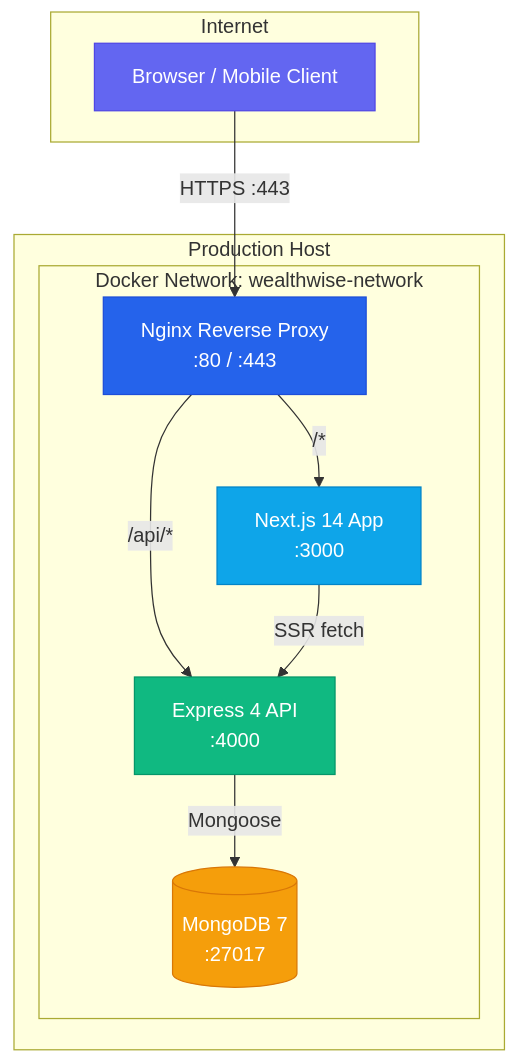
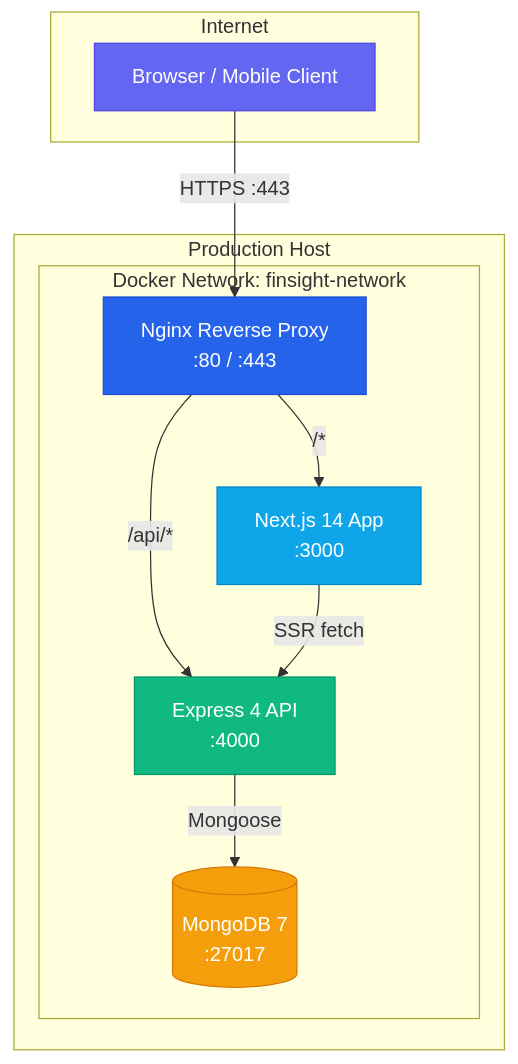
Before and after one commit to Swayam7Garg/Finsight: the first of 33 diagrams in DEVOPS.md, drawn with Mermaid. The commit also changed other lines of this file and 429 other files, not shown here.

````diff
--- a/DEVOPS.md
+++ b/DEVOPS.md
@@ -55,27 +55,27 @@
 ```mermaid
 graph TB
     subgraph Internet
         Client[Browser / Mobile Client]
     end
 
     subgraph Production Host
-        subgraph Docker Network: wealthwise-network
+        subgraph Docker Network: finsight-network
             Nginx[Nginx Reverse Proxy<br/>:80 / :443]
             Web[Next.js 14 App<br/>:3000]
             API[Express 4 API<br/>:4000]
             DB[(MongoDB 7<br/>:27017)]
         end
     end
 
     Client -->|HTTPS :443| Nginx
     Nginx -->|/api/*| API
     Nginx -->|/*| Web
     API -->|Mongoose| DB
     Web -->|SSR fetch| API
 
     style Nginx fill:#2563eb,color:#fff,stroke:#1d4ed8
     style Web fill:#0ea5e9,color:#fff,stroke:#0284c7
     style API fill:#10b981,color:#fff,stroke:#059669
     style DB fill:#f59e0b,color:#fff,stroke:#d97706
     style Client fill:#6366f1,color:#fff,stroke:#4f46e5
 ```
````
